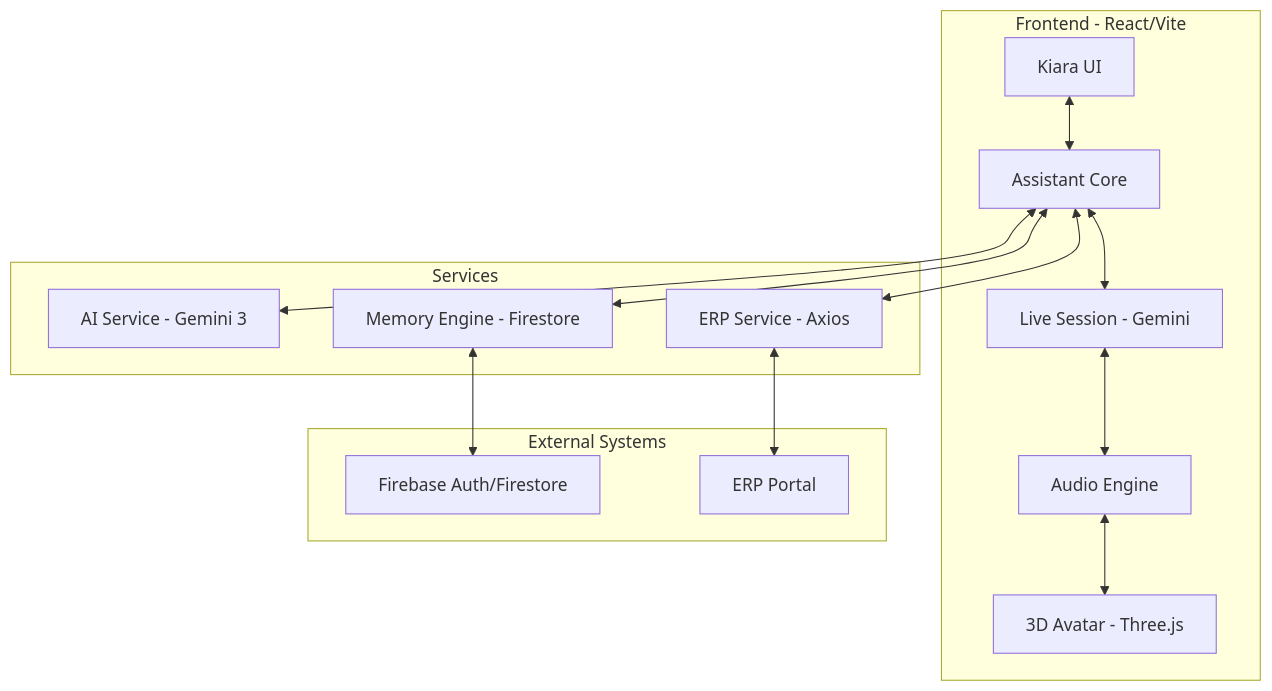
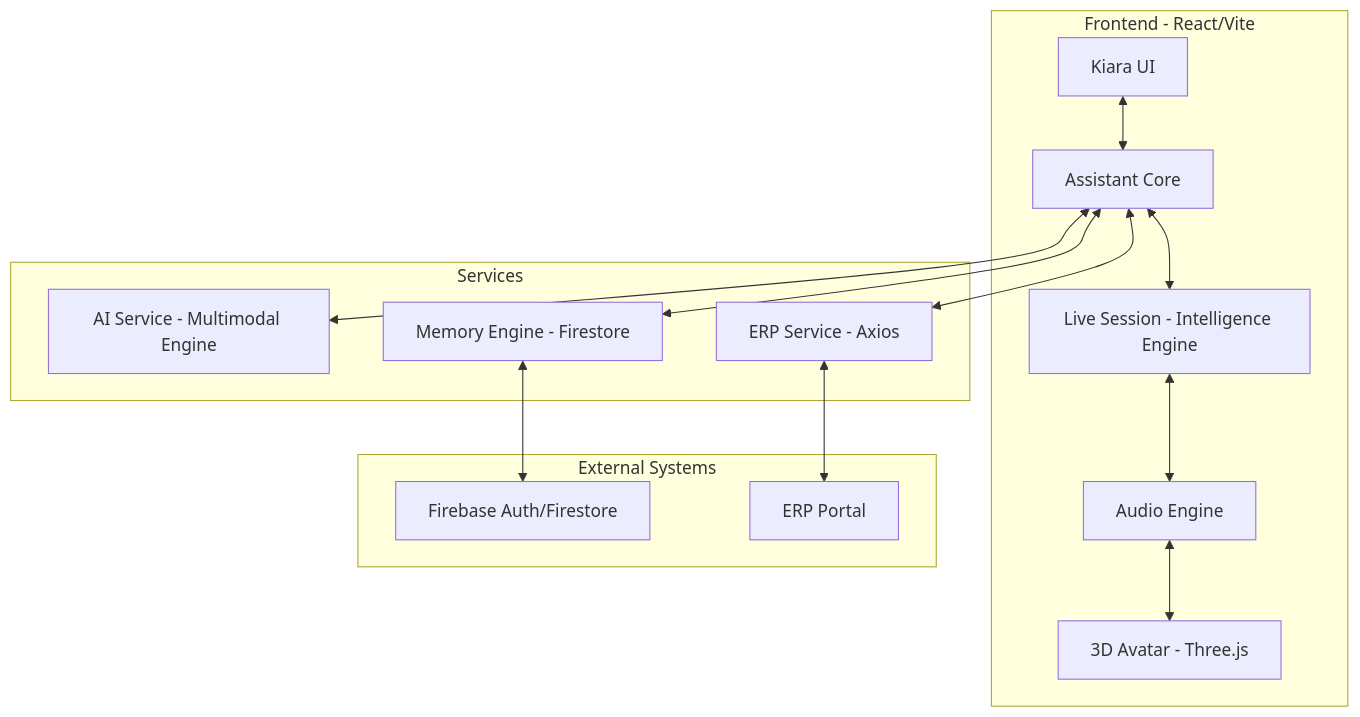
One commit to meitswami/Kiara-personal-assistant changed the diagram in SYSTEM_DESIGN.md. Above: the diagram before and after it, drawn with Mermaid. The commit also changed other lines of this file and 16 other files, not shown here.

````diff
--- a/SYSTEM_DESIGN.md
+++ b/SYSTEM_DESIGN.md
@@ -7,31 +7,31 @@
 ```mermaid
 graph TD
     subgraph Client [Frontend - React/Vite]
         UI[Kiara UI]
         Core[Assistant Core]
-        Live[Live Session - Gemini]
+        Live[Live Session - Intelligence Engine]
         Audio[Audio Engine]
         Avatar[3D Avatar - Three.js]
     end
 
     subgraph Backend [Services]
-        AI[AI Service - Gemini 3]
+        AI[AI Service - Multimodal Engine]
         ERP[ERP Service - Axios]
         Memory[Memory Engine - Firestore]
     end
 
     subgraph External [External Systems]
         Firebase[Firebase Auth/Firestore]
         Portal[ERP Portal]
     end
 
     UI <--> Core
     Core <--> Live
     Core <--> AI
     Core <--> ERP
     Core <--> Memory
     Live <--> Audio
     Audio <--> Avatar
     Memory <--> Firebase
     ERP <--> Portal
 ```
````
